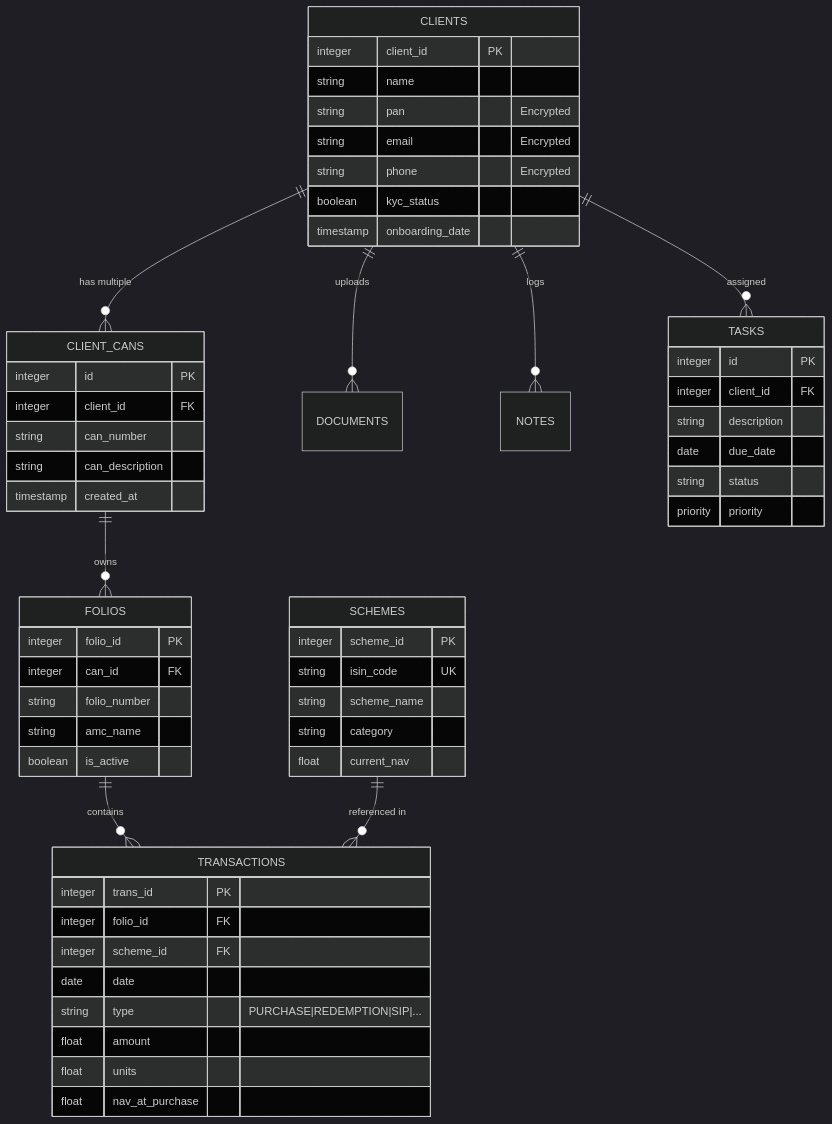
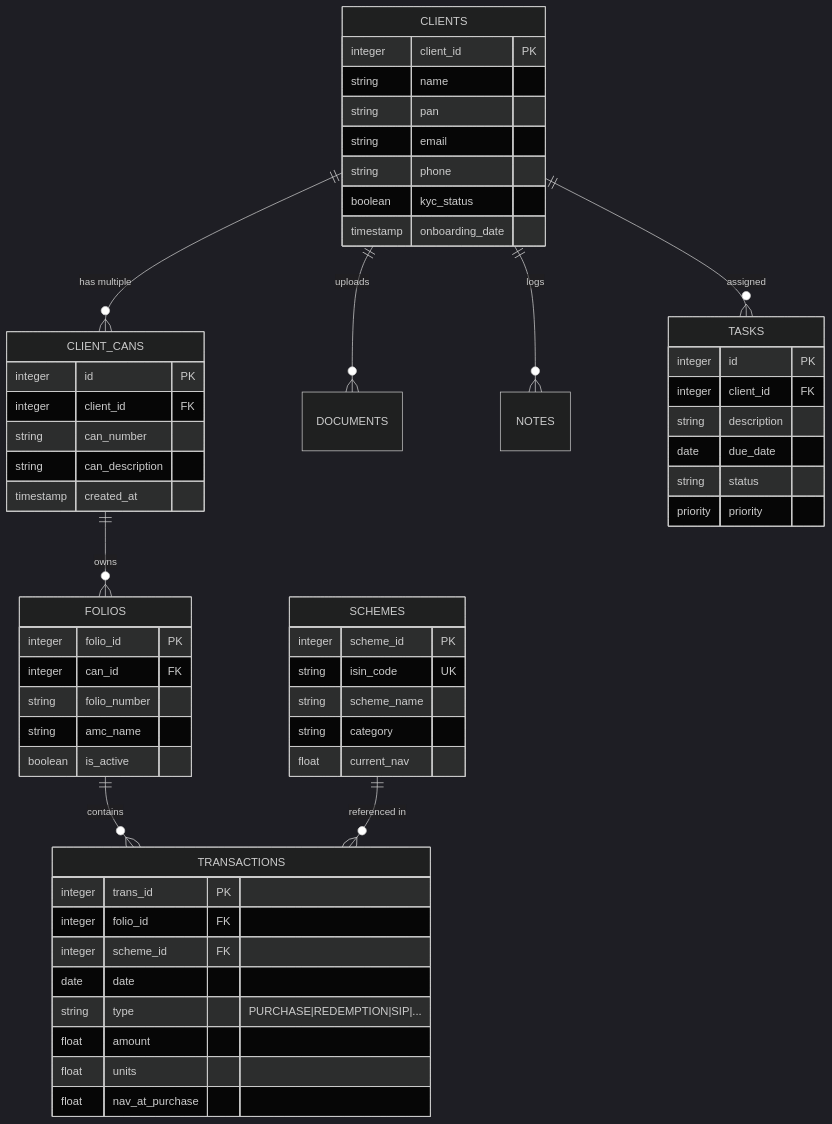
Before and after one commit to rmaries/Open_MFD_CRM: the diagram in DEVELOPER_GUIDE.md, drawn with Mermaid (dark theme). The commit also changed other lines of this file and 4 other files, not shown here.

````diff
--- a/DEVELOPER_GUIDE.md
+++ b/DEVELOPER_GUIDE.md
@@ -89,64 +77,64 @@
 ```mermaid
 erDiagram
     CLIENTS ||--o{ CLIENT_CANS : "has multiple"
     CLIENTS ||--o{ DOCUMENTS : "uploads"
     CLIENTS ||--o{ NOTES : "logs"
     CLIENTS ||--o{ TASKS : "assigned"
     CLIENT_CANS ||--o{ FOLIOS : "owns"
     FOLIOS ||--o{ TRANSACTIONS : "contains"
     SCHEMES ||--o{ TRANSACTIONS : "referenced in"
 
     CLIENTS {
         integer client_id PK
         string name
-        string pan "Encrypted"
-        string email "Encrypted"
-        string phone "Encrypted"
+        string pan
+        string email
+        string phone
         boolean kyc_status
         timestamp onboarding_date
     }
 
     CLIENT_CANS {
         integer id PK
         integer client_id FK
         string can_number
         string can_description
         timestamp created_at
     }
 
     FOLIOS {
         integer folio_id PK
         integer can_id FK
         string folio_number
         string amc_name
         boolean is_active
     }
 
     TRANSACTIONS {
         integer trans_id PK
         integer folio_id FK
         integer scheme_id FK
         date date
         string type "PURCHASE|REDEMPTION|SIP|..."
         float amount
         float units
         float nav_at_purchase
     }
 
     SCHEMES {
         integer scheme_id PK
         string isin_code UK
         string scheme_name
         string category
         float current_nav
     }
 
     TASKS {
         integer id PK
         integer client_id FK
         string description
         date due_date
         string status
         priority priority
     }
 ```
````
